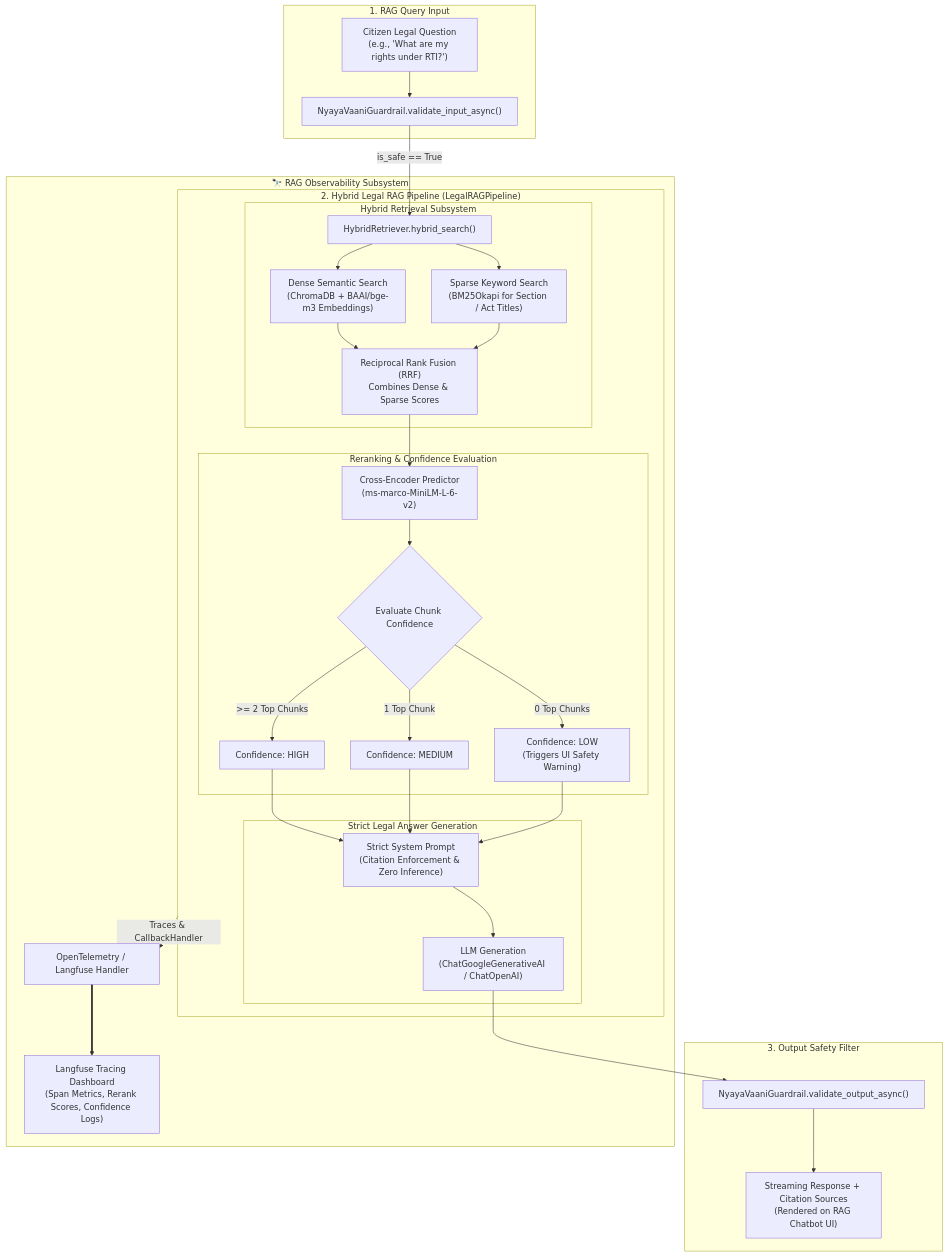
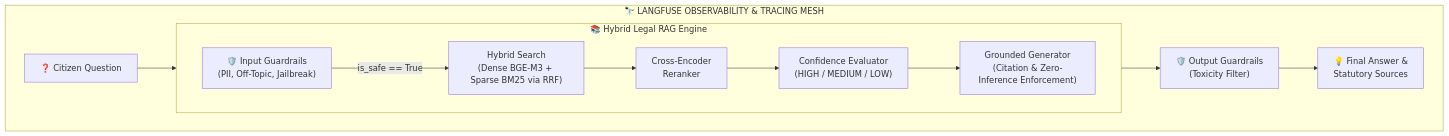
One commit to amitkarmakar07/NyayaVaani changed the second of 2 diagrams in README.md. Above: the diagram before and after it, drawn with Mermaid. The commit also changed other lines of this file, not shown here.

Commit message:
Docs: Update README.md with high-level horizontal component architecture diagrams

````diff
--- a/README.md
+++ b/README.md
@@ -129,39 +94,19 @@
 ```mermaid
-flowchart TD
-    subgraph RAGInputLayer ["1. RAG Query Input"]
-        R_In["Citizen Legal Question\n(e.g., 'What are my rights under RTI?')"] --> R_Guard["NyayaVaaniGuardrail.validate_input_async()"]
-    end
+graph LR
+    subgraph RAGObservabilityMesh ["🔭 LANGFUSE OBSERVABILITY & TRACING MESH"]
+        direction LR
 
-    subgraph RAGCorePipeline ["2. Hybrid Legal RAG Pipeline (LegalRAGPipeline)"]
-        R_Guard -- "is_safe == True" --> R_Hybrid["HybridRetriever.hybrid_search()"]
-        
-        subgraph HybridSearch ["Hybrid Retrieval Subsystem"]
-            R_Hybrid --> R_Dense["Dense Semantic Search\n(ChromaDB + BAAI/bge-m3 Embeddings)"]
-            R_Hybrid --> R_Sparse["Sparse Keyword Search\n(BM25Okapi for Section / Act Titles)"]
-            R_Dense & R_Sparse --> R_RRF["Reciprocal Rank Fusion (RRF)\nCombines Dense & Sparse Scores"]
+        RIN["❓ Citizen Question"] --> RIG["🛡️ Input Guardrails\n(PII, Off-Topic, Jailbreak)"]
+
+        subgraph RAGEngine ["📚 Hybrid Legal RAG Engine"]
+            direction LR
+            RIG -- "is_safe == True" --> HS["Hybrid Search\n(Dense BGE-M3 + Sparse BM25 via RRF)"]
+            HS --> CE["Cross-Encoder\nReranker"]
+            CE --> CONF["Confidence Evaluator\n(HIGH / MEDIUM / LOW)"]
+            CONF --> GEN["Grounded Generator\n(Citation & Zero-Inference Enforcement)"]
         end
 
-        subgraph RerankGrade ["Reranking & Confidence Evaluation"]
-            R_RRF --> R_Rerank["Cross-Encoder Predictor\n(ms-marco-MiniLM-L-6-v2)"]
-            R_Rerank --> R_Eval{"Evaluate Chunk Confidence"}
-            R_Eval -- ">= 2 Top Chunks" --> C_High["Confidence: HIGH"]
-            R_Eval -- "1 Top Chunk" --> C_Med["Confidence: MEDIUM"]
-            R_Eval -- "0 Top Chunks" --> C_Low["Confidence: LOW\n(Triggers UI Safety Warning)"]
-        end
-
-        subgraph AnswerGen ["Strict Legal Answer Generation"]
-            C_High & C_Med & C_Low --> R_Prompt["Strict System Prompt\n(Citation Enforcement & Zero Inference)"]
-            R_Prompt --> R_LLM["LLM Generation\n(ChatGoogleGenerativeAI / ChatOpenAI)"]
-        end
-    end
-
-    subgraph RAGOutputGuardrail ["3. Output Safety Filter"]
-        R_LLM --> R_OutGuard["NyayaVaaniGuardrail.validate_output_async()"]
-        R_OutGuard --> R_Final["Streaming Response + Citation Sources\n(Rendered on RAG Chatbot UI)"]
-    end
-
-    subgraph RAGObservability ["🔭 RAG Observability Subsystem"]
-        RAGCorePipeline -. "Traces & CallbackHandler" .-> RAG_OTLP["OpenTelemetry / Langfuse Handler"]
-        RAG_OTLP ==> RAG_LF["Langfuse Tracing Dashboard\n(Span Metrics, Rerank Scores, Confidence Logs)"]
+        GEN --> ROG["🛡️ Output Guardrails\n(Toxicity Filter)"]
+        ROG --> ROUT["💡 Final Answer &\nStatutory Sources"]
     end
 ```
````
